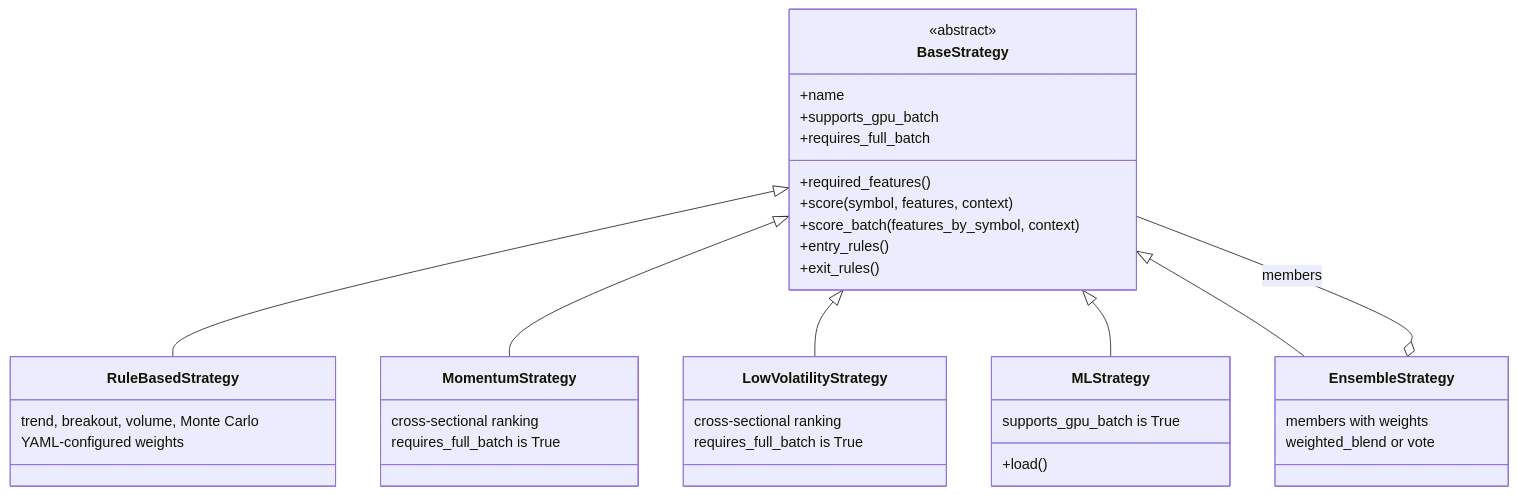
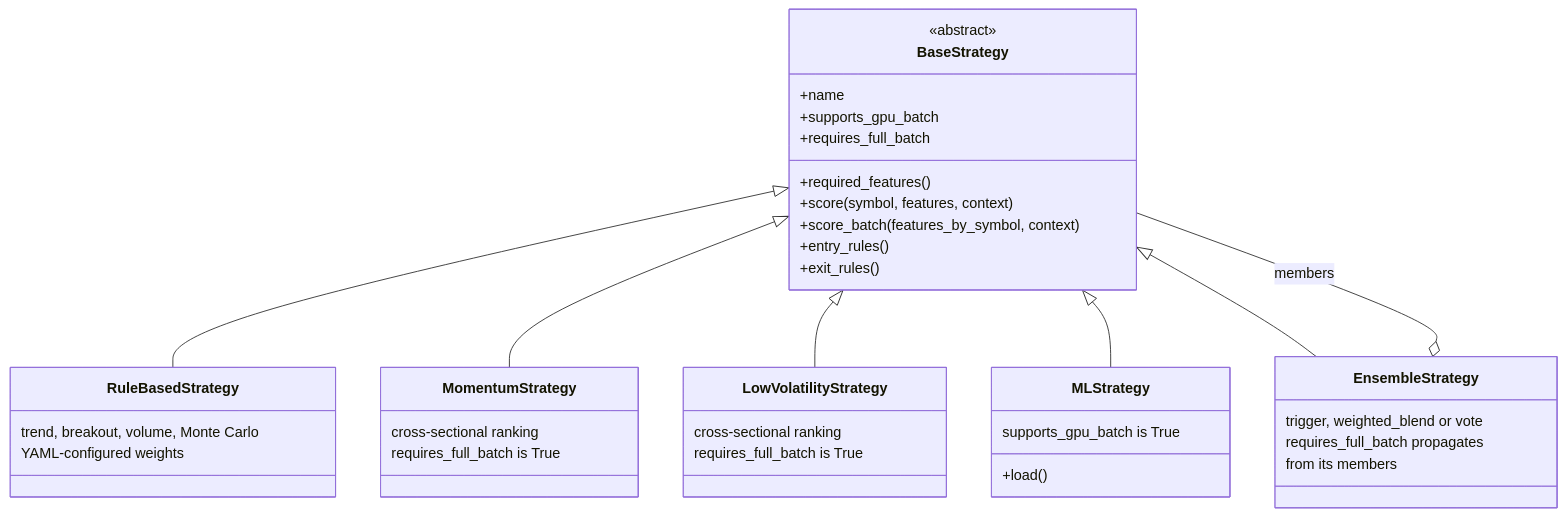
One commit to 3dwag98/afa changed the second of 15 diagrams in docs/ARCHITECTURE.md. Above: the diagram before and after it, drawn with Mermaid. The commit also changed other lines of this file and 3 other files, not shown here.

First line of the commit message:
Align ARCHITECTURE and STRATEGIES with the current framework

````diff
--- a/docs/ARCHITECTURE.md
+++ b/docs/ARCHITECTURE.md
@@ -90,42 +93,43 @@
 ```mermaid
 classDiagram
     class BaseStrategy {
         <<abstract>>
         +name
         +supports_gpu_batch
         +requires_full_batch
         +required_features()
         +score(symbol, features, context)
         +score_batch(features_by_symbol, context)
         +entry_rules()
         +exit_rules()
     }
 
     class RuleBasedStrategy {
         trend, breakout, volume, Monte Carlo
         YAML-configured weights
     }
     class MomentumStrategy {
         cross-sectional ranking
         requires_full_batch is True
     }
     class LowVolatilityStrategy {
         cross-sectional ranking
         requires_full_batch is True
     }
     class MLStrategy {
         supports_gpu_batch is True
         +load()
     }
     class EnsembleStrategy {
-        members with weights
-        weighted_blend or vote
+        trigger, weighted_blend or vote
+        requires_full_batch propagates
+        from its members
     }
 
     BaseStrategy <|-- RuleBasedStrategy
     BaseStrategy <|-- MomentumStrategy
     BaseStrategy <|-- LowVolatilityStrategy
     BaseStrategy <|-- MLStrategy
     BaseStrategy <|-- EnsembleStrategy
     EnsembleStrategy o-- BaseStrategy : members
 ```
````
